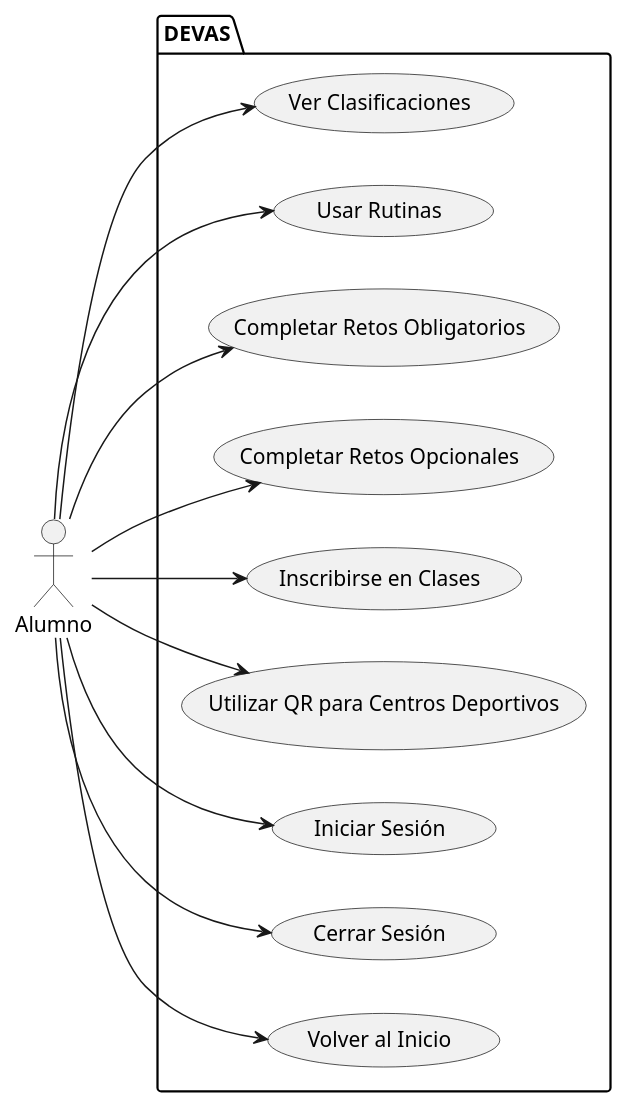
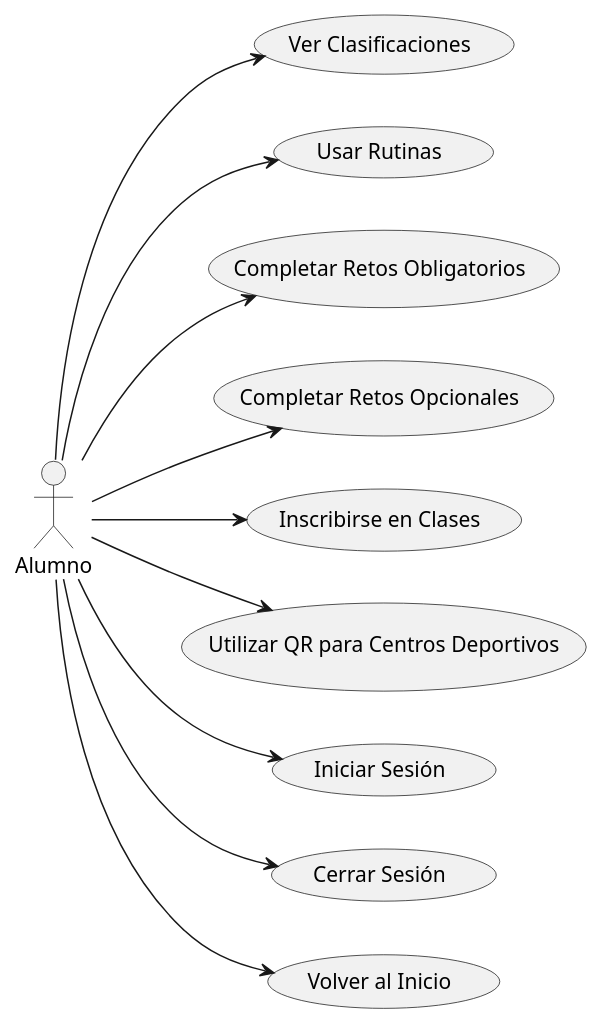
Before and after one commit to mmasias/24-25-IdSw1-SDR: the diagram in Documentos/CasosUso/CdU_Alumno.puml, drawn with PlantUML.

```diff
--- a/Documentos/CasosUso/CdU_Alumno.puml
+++ b/Documentos/CasosUso/CdU_Alumno.puml
@@ -1,27 +1,26 @@
 @startuml
 left to right direction
 
 actor Alumno
 
-package DEVAS{
-usecase "Ver Clasificaciones" as UC_VerClasificaciones
-usecase "Usar Rutinas" as UC_UsarRutinas
-usecase "Completar Retos Obligatorios" as UC_CompletarRetosObligatorios
-usecase "Completar Retos Opcionales" as UC_CompletarRetosOpcionales
-usecase "Inscribirse en Clases" as UC_InscribirseClases
-usecase "Utilizar QR para Centros Deportivos" as UC_UsarQR
-usecase "Iniciar Sesión" as UC_IniciarSesion
-usecase "Cerrar Sesión" as UC_CerrarSesion
-usecase "Volver al Inicio" as UC_VolverInicio
+usecase "Ver Clasificaciones" as VerClasificaciones
+usecase "Usar Rutinas" as UsarRutinas
+usecase "Completar Retos Obligatorios" as CompletarRetosObligatorios
+usecase "Completar Retos Opcionales" as CompletarRetosOpcionales
+usecase "Inscribirse en Clases" as InscribirseClases
+usecase "Utilizar QR para Centros Deportivos" as UsarQR
+usecase "Iniciar Sesión" as IniciarSesion
+usecase "Cerrar Sesión" as CerrarSesion
+usecase "Volver al Inicio" as VolverInicio
 
-Alumno --> UC_VerClasificaciones
-Alumno --> UC_UsarRutinas
-Alumno --> UC_CompletarRetosObligatorios
-Alumno --> UC_CompletarRetosOpcionales
-Alumno --> UC_InscribirseClases
-Alumno --> UC_UsarQR
-Alumno --> UC_IniciarSesion
-Alumno --> UC_CerrarSesion
-Alumno --> UC_VolverInicio
-}
+Alumno --> VerClasificaciones
+Alumno --> UsarRutinas
+Alumno --> CompletarRetosObligatorios
+Alumno --> CompletarRetosOpcionales
+Alumno --> InscribirseClases
+Alumno --> UsarQR
+Alumno --> IniciarSesion
+Alumno --> CerrarSesion
+Alumno --> VolverInicio
+
 @enduml
```
